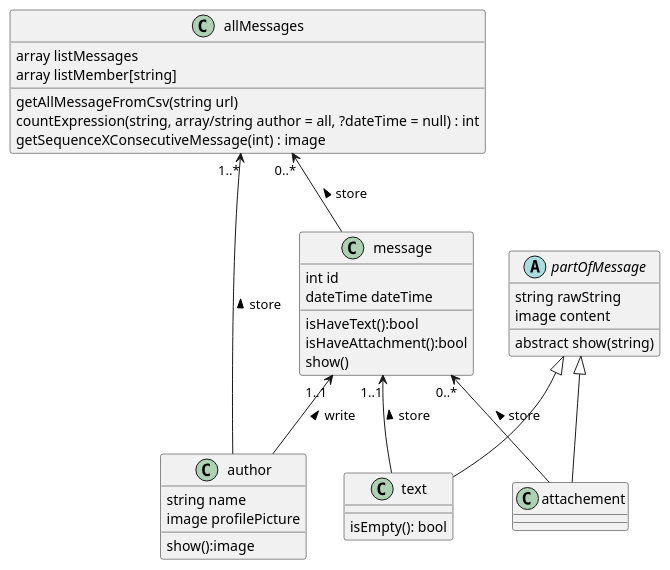
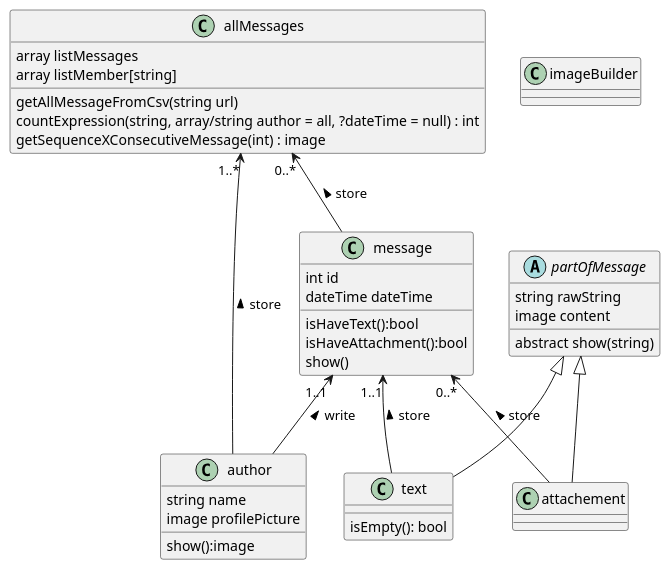
One commit to SNEAXIII/Discord-Conversation-Parsing changed the diagram in diags.puml. Above: the diagram before and after it, drawn with PlantUML.

Commit message:
en cours de modif diags.puml

```diff
--- a/diags.puml
+++ b/diags.puml
@@ -1,47 +1,50 @@
 @startuml
 
 class allMessages {
 array listMessages
 array listMember[string]
 getAllMessageFromCsv(string url)
 countExpression(string, array/string author = all, ?dateTime = null) : int
 getSequenceXConsecutiveMessage(int) : image
 }
 
 class message {
 int id
 dateTime dateTime
 isHaveText():bool
 isHaveAttachment():bool
 show()
 }
 
 abstract class partOfMessage {
 string rawString
 image content
 abstract show(string)
 }
 
 class attachement {
 }
 
 class text {
 isEmpty(): bool
 }
 
 class author {
 string name
 image profilePicture
 show():image
 }
 
+class imageBuilder {
+
+}
 
 allMessages "0..*"<-- message : store <
 message "0..*"<-- attachement : store <
 message "1..1"<-- text : store <
 message "1..1"<-- author : write <
 allMessages "1..*"<-- author : store <
 partOfMessage <|-- attachement
 partOfMessage <|-- text
 
 @enduml
```
